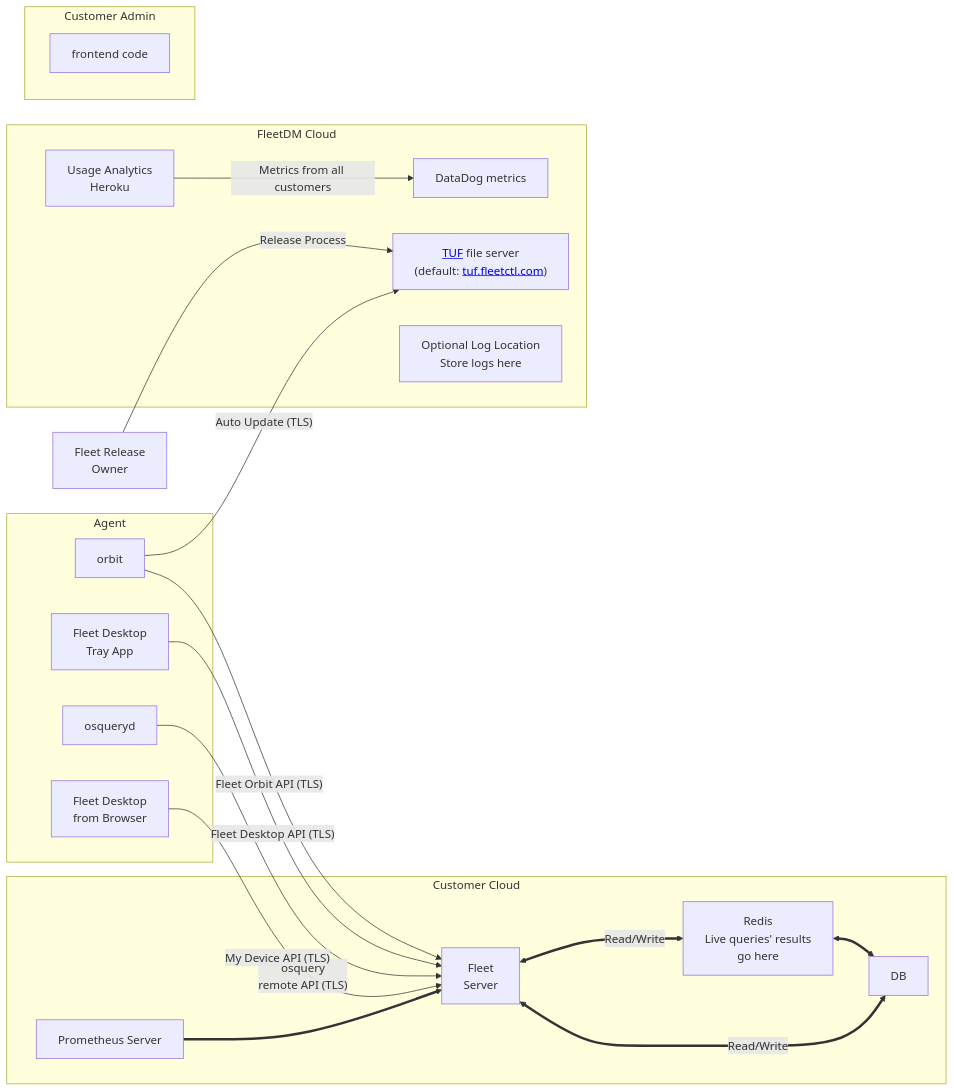
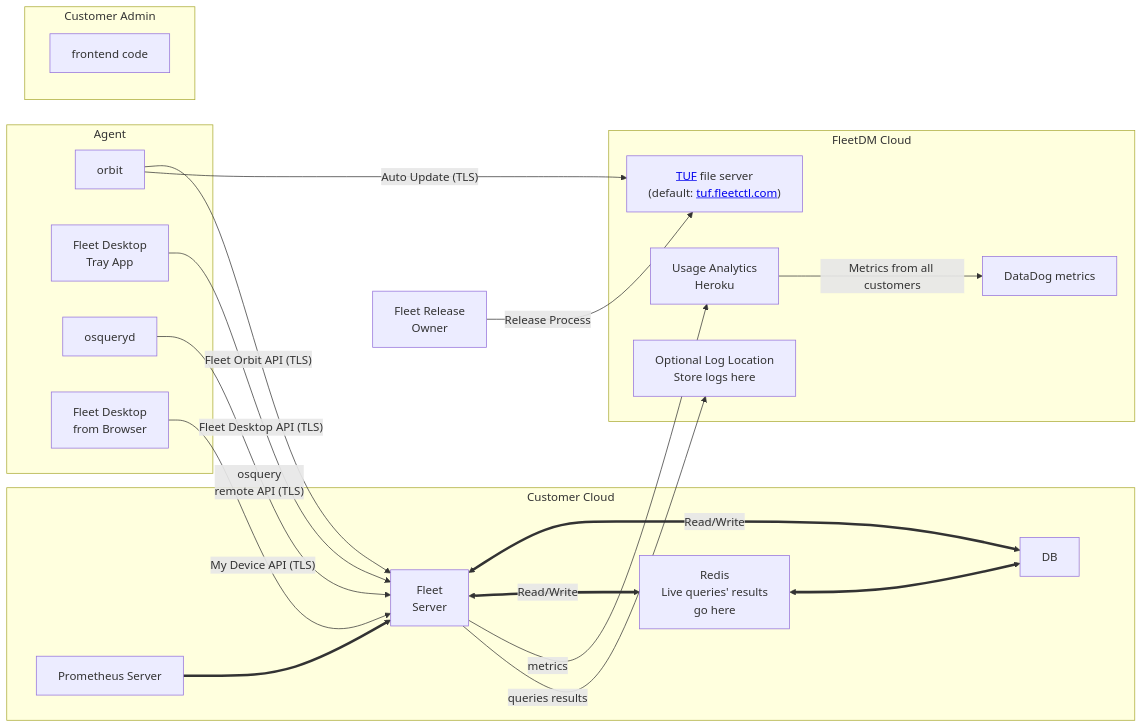
One commit to fleetdm/fleet changed the second of 2 diagrams in docs/Contributing/high-level-architecture.md. Above: the diagram before and after it, drawn with Mermaid.

````diff
--- a/docs/Contributing/high-level-architecture.md
+++ b/docs/Contributing/high-level-architecture.md
@@ -34,48 +34,50 @@
 ```mermaid
 graph LR;
     fleet_release_owner[Fleet Release<br>Owner];
 
     subgraph Agent
         orbit[orbit];
         desktop[Fleet Desktop<br>Tray App];
         osqueryd[osqueryd];
         desktop_browser[Fleet Desktop<br> from Browser];
     end
 
     subgraph Customer Cloud
         fleet_server[Fleet<br>Server];
         db[DB];
         redis[Redis<br>Live queries' results <br>go here];
         prometheus[Prometheus Server];
     end
 
     subgraph FleetDM Cloud
         tuf["<a href=https://theupdateframework.io/>TUF</a> file server<br>(default: <a href=https://tuf.fleetctl.com>tuf.fleetctl.com</a>)"];
         datadog[DataDog metrics]
         heroku[Usage Analytics<br>Heroku]
         log[Optional Log Location<br>Store logs here]
     end
 
     subgraph Customer Admin
         frontend[frontend code]
     end
 
 
     fleet_release_owner -- "Release Process" --> tuf;
 
     orbit -- "Fleet Orbit API (TLS)" --> fleet_server;
     orbit -- "Auto Update (TLS)" --> tuf;
     desktop -- "Fleet Desktop API (TLS)" --> fleet_server;
     osqueryd -- "osquery<br>remote API (TLS)" --> fleet_server;
     desktop_browser -- "My Device API (TLS)" --> fleet_server;
 
     heroku -- "Metrics from all customers" --> datadog;
 
     fleet_server <== "Read/Write" ==> db;
     fleet_server <== "Read/Write" ==> redis;
     redis <==> db;
 
     prometheus ==> fleet_server;
+    fleet_server -- "metrics" --> heroku;
+    fleet_server -- "queries results" --> log;
 
 
 ```
````
